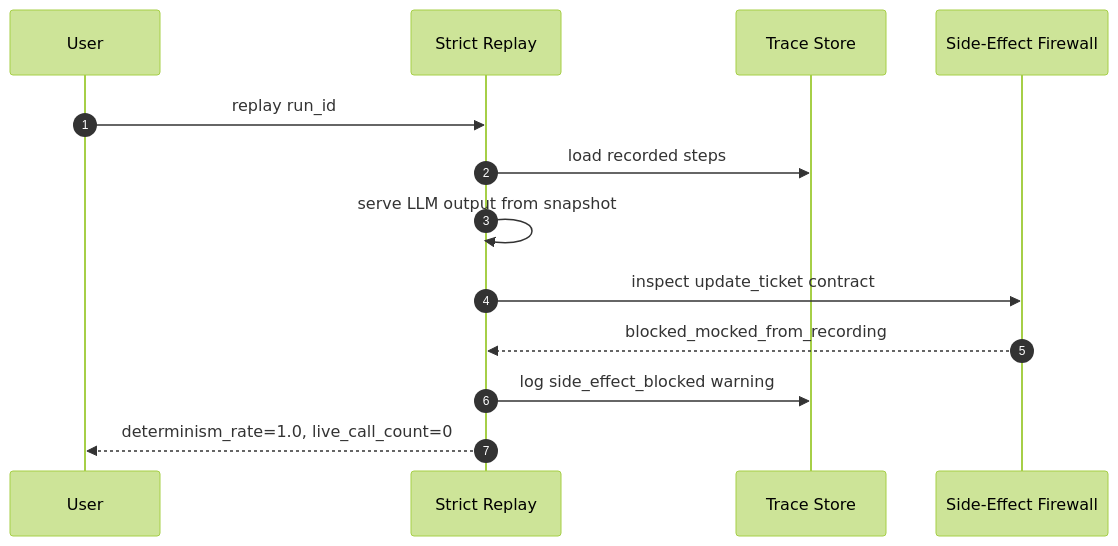
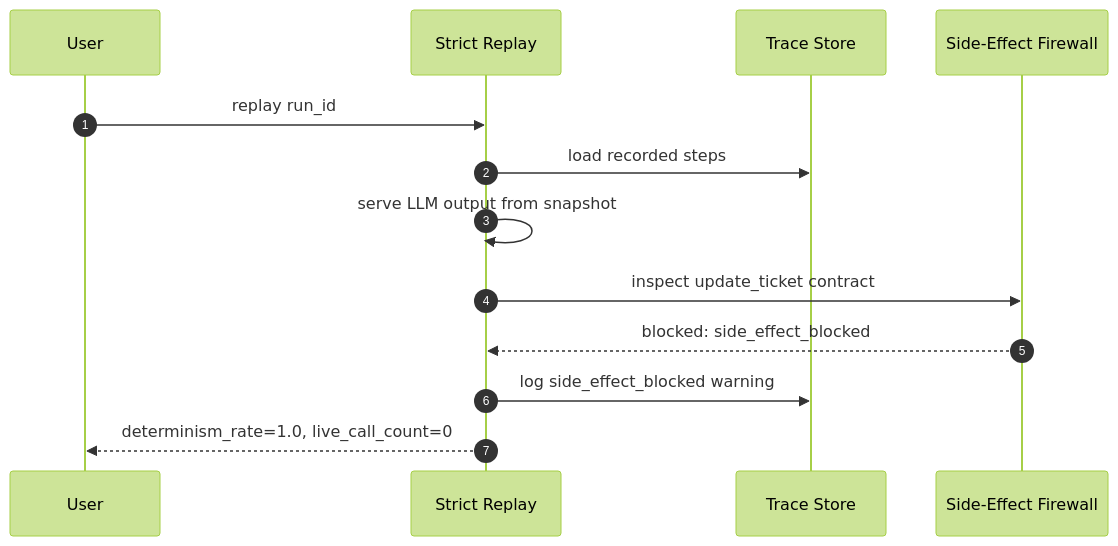
Before and after one commit to defi12748/ProxyTrace: the third of 3 diagrams in README.md, drawn with Mermaid (forest theme). The commit also changed other lines of this file and 3 other files, not shown here.

Commit message:
update sequence diagram and firewall action

````diff
--- a/README.md
+++ b/README.md
@@ -99,16 +99,16 @@
 ```mermaid
 sequenceDiagram
     autonumber
     participant User
     participant Replay as Strict Replay
     participant Store as Trace Store
     participant Firewall as Side-Effect Firewall
 
     User->>Replay: replay run_id
     Replay->>Store: load recorded steps
     Replay->>Replay: serve LLM output from snapshot
     Replay->>Firewall: inspect update_ticket contract
-    Firewall-->>Replay: blocked_mocked_from_recording
+    Firewall-->>Replay: blocked: side_effect_blocked
     Replay->>Store: log side_effect_blocked warning
     Replay-->>User: determinism_rate=1.0, live_call_count=0
 ```
````
